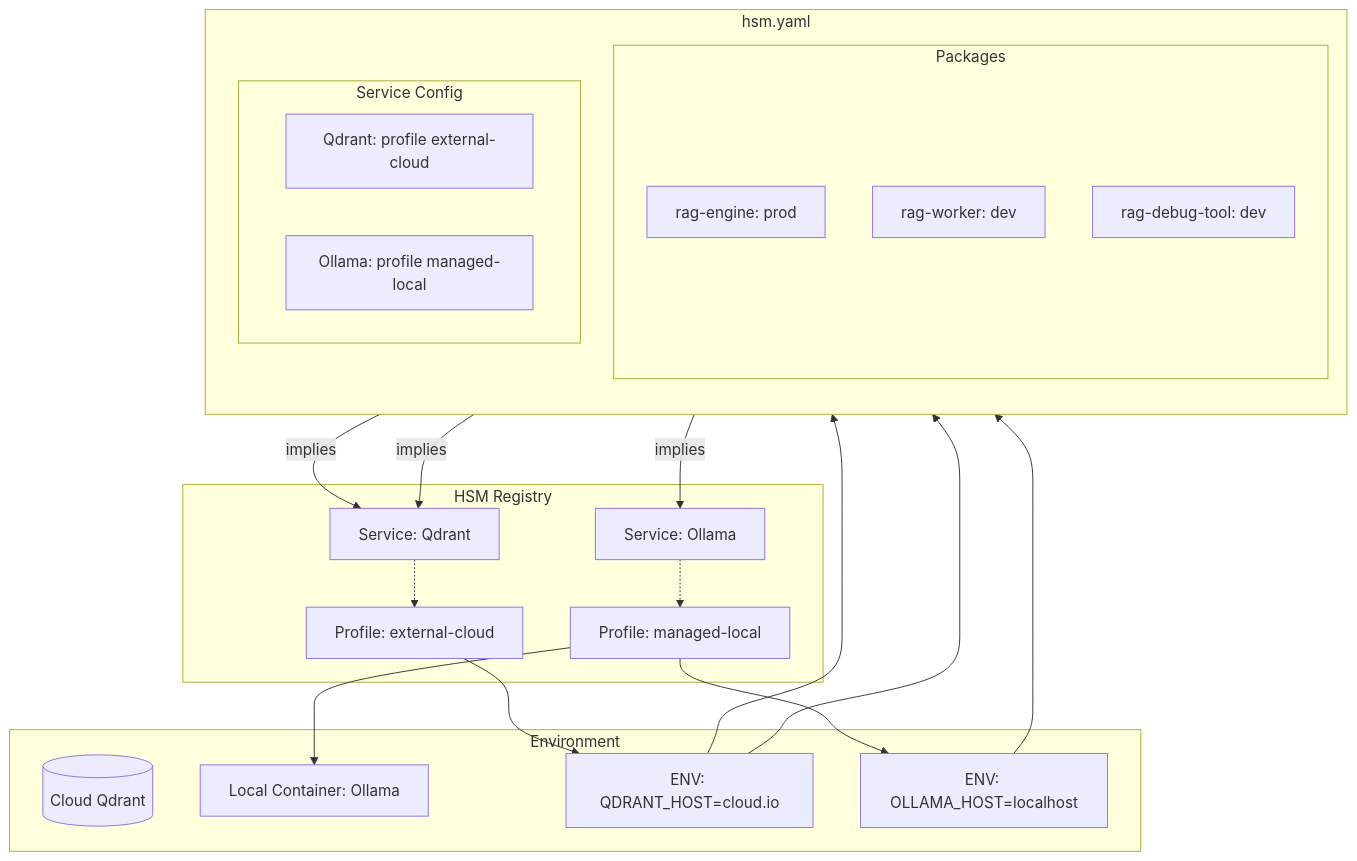
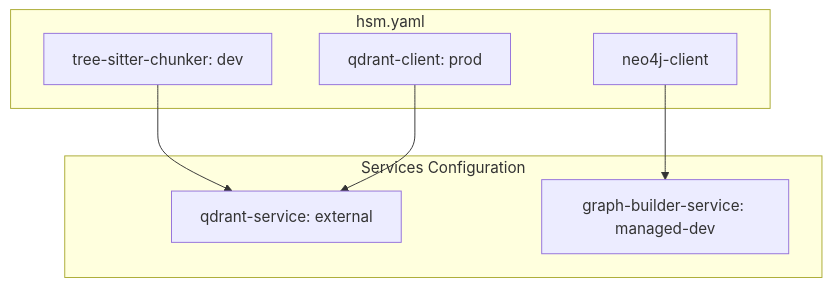
The fourth of 4 diagrams in docs/technical_design/13_complex_configuration_cases.md (VLMHyperBenchTeam/hpm), drawn with Mermaid before and after one commit. The commit also changed other lines of this file, not shown here.

Commit message:
docs: update complex configuration cases documentation

````diff
--- a/docs/technical_design/13_complex_configuration_cases.md
+++ b/docs/technical_design/13_complex_configuration_cases.md
@@ -185,39 +183,16 @@
 ```mermaid
 graph TD
     subgraph Project [hsm.yaml]
-        direction TB
-        subgraph Pkgs [Packages]
-            P1[rag-engine: prod]
-            P2[rag-worker: dev]
-            P3[rag-debug-tool: dev]
-        end
-        
-        subgraph SvcCfg [Service Config]
-            QdrantCfg[Qdrant: profile external-cloud]
-            OllamaCfg[Ollama: profile managed-local]
-        end
+        P1[tree-sitter-chunker: dev]
+        P2[qdrant-client: prod]
+        P3[neo4j-client]
     end
 
-    subgraph Registry [HSM Registry]
-        P1 & P2 -->|implies| Qdrant[Service: Qdrant]
-        P3 -->|implies| Ollama[Service: Ollama]
-        
-        Qdrant -.-> CloudProf[Profile: external-cloud]
-        Ollama -.-> LocalProf[Profile: managed-local]
+    subgraph Services [Services Configuration]
+        S1[qdrant-service: external]
+        S2[graph-builder-service: managed-dev]
     end
 
-    subgraph Runtime [Environment]
-        CloudQ[(Cloud Qdrant)]
-        LocalO[Local Container: Ollama]
-        
-        EnvQ[ENV: QDRANT_HOST=cloud.io]
-        EnvO[ENV: OLLAMA_HOST=localhost]
-    end
-
-    CloudProf --> EnvQ
-    LocalProf --> LocalO
-    LocalProf --> EnvO
-    
-    EnvQ --> P1 & P2
-    EnvO --> P3
+    P1 & P2 --> S1
+    P3 --> S2
 ```
````
